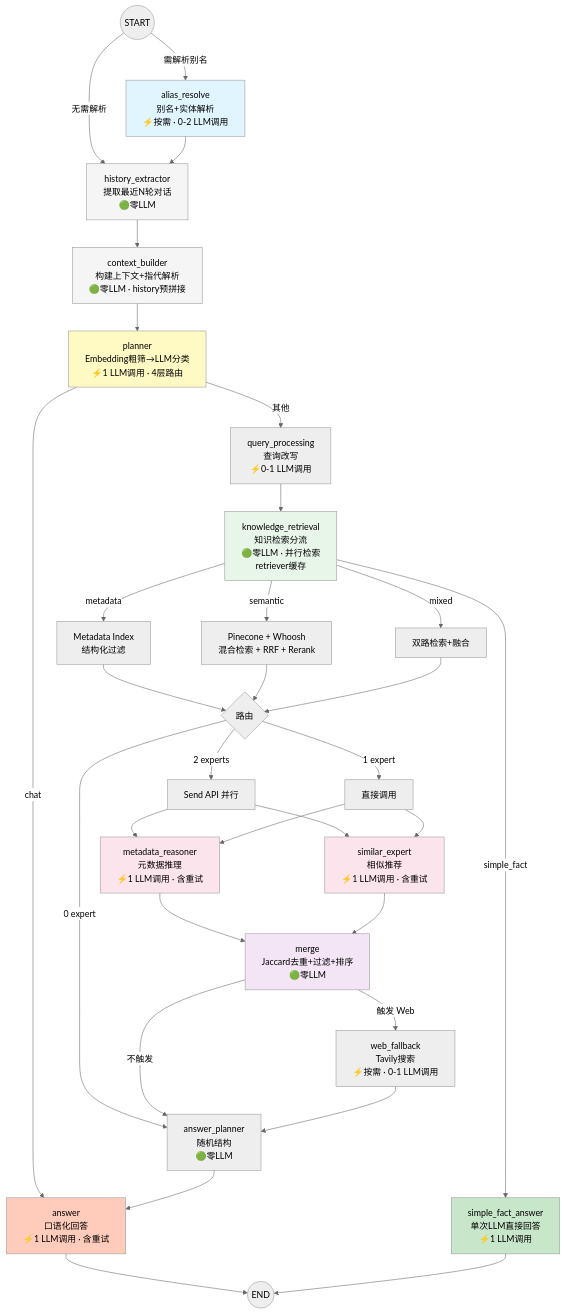
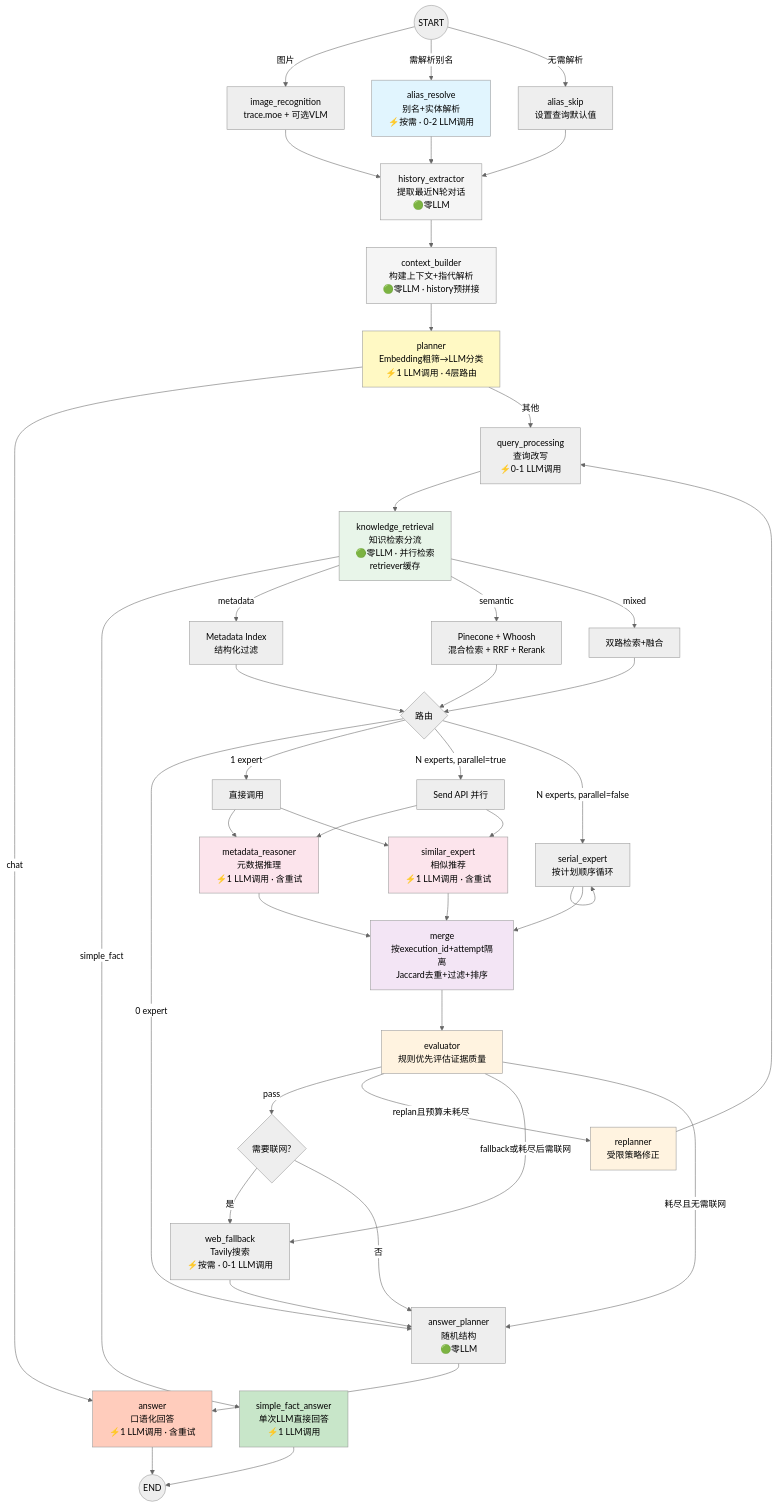
One commit to AKArrok/AniGraph changed the fourth of 5 diagrams in .trae/documents/project-summary.md. Above: the diagram before and after it, drawn with Mermaid (neutral theme). The commit also changed other lines of this file and 46 other files, not shown here.

````diff
--- a/.trae/documents/project-summary.md
+++ b/.trae/documents/project-summary.md
@@ -355,54 +365,68 @@
 ```mermaid
 graph TD
-    START((START)) -->|需解析别名| alias["alias_resolve<br/>别名+实体解析<br/>⚡按需 · 0-2 LLM调用"]
-    START -->|无需解析| hist["history_extractor<br/>提取最近N轮对话<br/>🟢零LLM"]
+    START((START)) -->|图片| image["image_recognition<br/>trace.moe + 可选VLM"]
+    START -->|需解析别名| alias["alias_resolve<br/>别名+实体解析<br/>⚡按需 · 0-2 LLM调用"]
+    START -->|无需解析| skip["alias_skip<br/>设置查询默认值"]
+    image --> hist["history_extractor<br/>提取最近N轮对话<br/>🟢零LLM"]
     alias --> hist
+    skip --> hist
     hist --> ctx["context_builder<br/>构建上下文+指代解析<br/>🟢零LLM · history预拼接"]
     ctx --> planner["planner<br/>Embedding粗筛→LLM分类<br/>⚡1 LLM调用 · 4层路由"]
     planner -->|chat| answer
     planner -->|其他| qp["query_processing<br/>查询改写<br/>⚡0-1 LLM调用"]
 
     qp --> kr["knowledge_retrieval<br/>知识检索分流<br/>🟢零LLM · 并行检索<br/>retriever缓存"]
 
     kr -->|simple_fact| sf["simple_fact_answer<br/>单次LLM直接回答<br/>⚡1 LLM调用"]
 
     kr -->|metadata| mi[Metadata Index<br/>结构化过滤]
     kr -->|semantic| pc[Pinecone + Whoosh<br/>混合检索 + RRF + Rerank]
     kr -->|mixed| both[双路检索+融合]
 
     mi --> route{路由}
     pc --> route
     both --> route
 
     route -->|0 expert| ap["answer_planner<br/>随机结构<br/>🟢零LLM"]
     route -->|1 expert| expert_direct[直接调用]
-    route -->|2 experts| parallel["Send API 并行"]
+    route -->|N experts, parallel=true| parallel["Send API 并行"]
+    route -->|N experts, parallel=false| serial["serial_expert<br/>按计划顺序循环"]
 
     parallel --> mr["metadata_reasoner<br/>元数据推理<br/>⚡1 LLM调用 · 含重试"]
     parallel --> se["similar_expert<br/>相似推荐<br/>⚡1 LLM调用 · 含重试"]
     expert_direct --> mr
     expert_direct --> se
+    serial --> serial
+    serial --> merge
 
-    mr --> merge["merge<br/>Jaccard去重+过滤+排序<br/>🟢零LLM"]
+    mr --> merge["merge<br/>按execution_id+attempt隔离<br/>Jaccard去重+过滤+排序"]
     se --> merge
 
-    merge -->|触发 Web| wf["web_fallback<br/>Tavily搜索<br/>⚡按需 · 0-1 LLM调用"]
-    merge -->|不触发| ap
+    merge --> evaluator["evaluator<br/>规则优先评估证据质量"]
+    evaluator -->|pass| gate{需要联网?}
+    gate -->|是| wf["web_fallback<br/>Tavily搜索<br/>⚡按需 · 0-1 LLM调用"]
+    gate -->|否| ap
+    evaluator -->|replan且预算未耗尽| replanner["replanner<br/>受限策略修正"]
+    replanner --> qp
+    evaluator -->|fallback或耗尽后需联网| wf
+    evaluator -->|耗尽且无需联网| ap
 
     wf --> ap
     ap --> answer["answer<br/>口语化回答<br/>⚡1 LLM调用 · 含重试"]
     answer --> END((END))
 
     sf --> END
 
     style alias fill:#e1f5fe
     style hist fill:#f5f5f5
     style ctx fill:#f5f5f5
     style planner fill:#fff9c4
     style kr fill:#e8f5e9
     style sf fill:#c8e6c9
     style mr fill:#fce4ec
     style se fill:#fce4ec
     style merge fill:#f3e5f5
+    style evaluator fill:#fff3e0
+    style replanner fill:#fff3e0
     style answer fill:#ffccbc
 ```
````
